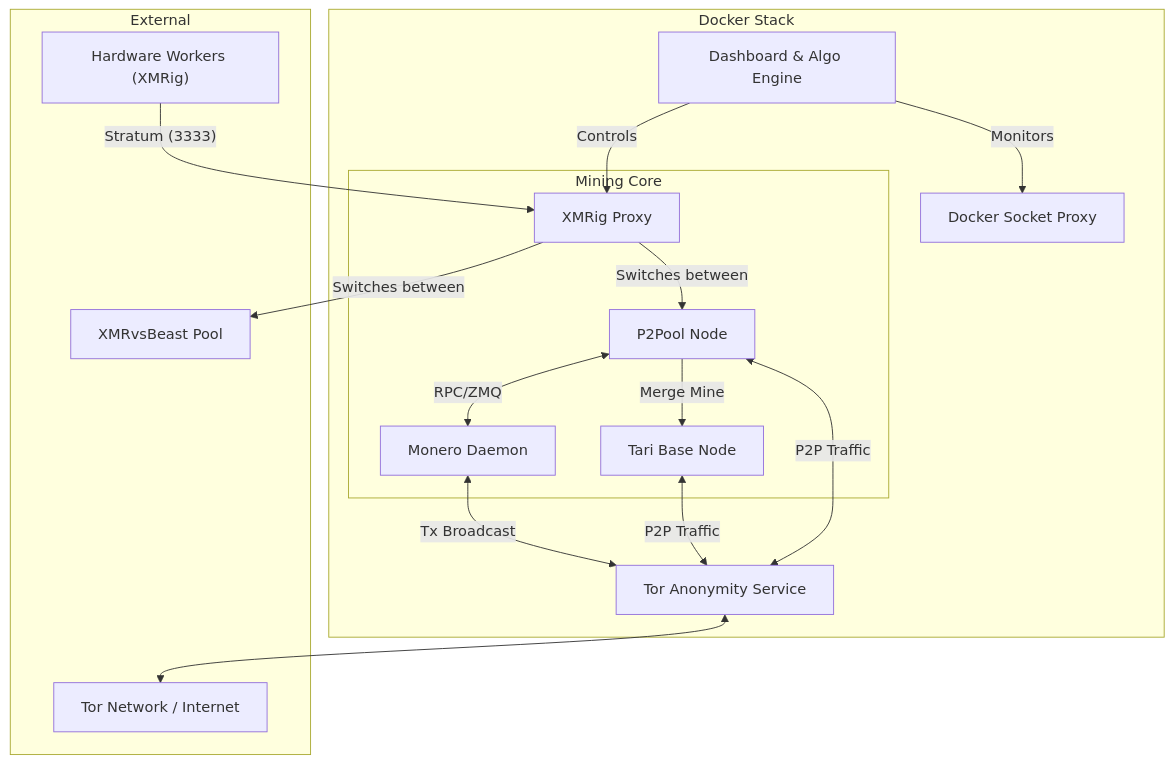
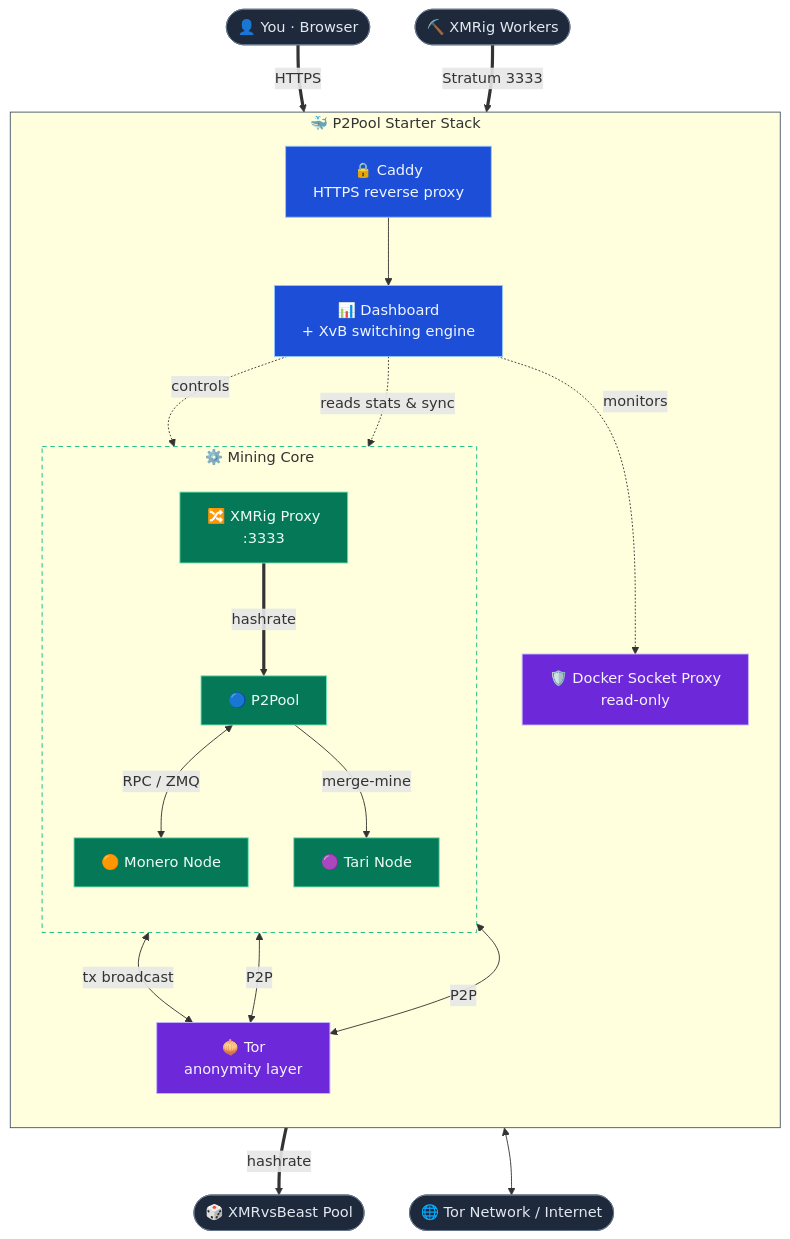
The diagram in docs/architecture.md (p2pool-starter-stack/p2pool-starter-stack), drawn with Mermaid before and after one commit. The commit also changed other lines of this file and 2 other files, not shown here.

Commit message:
Accurate, styled architecture diagram + 98%-smaller logo
- Rework the architecture diagram (README + docs/architecture.md) to match
  the actual stack: add Caddy and the browser → Caddy → Dashboard path,
  correct the dashboard's control/monitor edges, and color-code services by
  role (control plane / privacy / mining core). Verified it renders via
  mermaid-cli. Added a "reading the diagram" legend in the architecture doc.
- Optimize the hero logo: 2784×1536 / 6.7 MB PNG → 1200×662 / 129 KB
  (resized + 256-color quantized, visually identical), a ~98% reduction, and
  constrain its display width in the README hero.

````diff
--- a/docs/architecture.md
+++ b/docs/architecture.md
@@ -22,38 +22,57 @@
 ```mermaid
-graph TD
-    subgraph "Docker Stack"
-        Dashboard[Dashboard & Algo Engine]
-        Tor[Tor Anonymity Service]
-        DockerProxy[Docker Socket Proxy]
+flowchart TB
+    %% ── External actors ──
+    You(["👤 You · Browser"])
+    Workers(["⛏️ XMRig Workers"])
+    XvB(["🎲 XMRvsBeast Pool"])
+    Net(["🌐 Tor Network / Internet"])
 
-        subgraph "Mining Core"
-            Monerod[Monero Daemon]
-            P2Pool[P2Pool Node]
-            Tari[Tari Base Node]
-            Proxy[XMRig Proxy]
+    subgraph stack ["🐳 P2Pool Starter Stack"]
+        direction TB
+
+        Caddy["🔒 Caddy<br/>HTTPS reverse proxy"]
+        Dashboard["📊 Dashboard<br/>+ XvB switching engine"]
+        DockerProxy["🛡️ Docker Socket Proxy<br/>read-only"]
+        Tor["🧅 Tor<br/>anonymity layer"]
+
+        subgraph core ["⚙️ Mining Core"]
+            direction TB
+            Proxy["🔀 XMRig Proxy<br/>:3333"]
+            P2Pool["🔵 P2Pool"]
+            Monerod["🟠 Monero Node"]
+            Tari["🟣 Tari Node"]
         end
     end
 
-    subgraph "External"
-        Workers["Hardware Workers (XMRig)"]
-        XvB[XMRvsBeast Pool]
-        Internet[Tor Network / Internet]
-    end
+    You ==>|HTTPS| Caddy
+    Caddy --> Dashboard
+    Workers ==>|"Stratum 3333"| Proxy
 
-    Workers -- "Stratum (3333)" --> Proxy
+    Dashboard -.->|controls| Proxy
+    Dashboard -.->|monitors| DockerProxy
+    Dashboard -.->|"reads stats & sync"| core
 
-    Dashboard -- "Controls" --> Proxy
-    Dashboard -- "Monitors" --> DockerProxy
+    Proxy ==>|hashrate| P2Pool
+    Proxy ==>|hashrate| XvB
 
-    Proxy -- "Switches between" --> P2Pool
-    Proxy -- "Switches between" --> XvB
+    P2Pool <-->|"RPC / ZMQ"| Monerod
+    P2Pool -->|merge-mine| Tari
 
-    P2Pool <-->|RPC/ZMQ| Monerod
-    P2Pool -->|Merge Mine| Tari
+    Monerod <-->|tx broadcast| Tor
+    Tari <-->|P2P| Tor
+    P2Pool <-->|P2P| Tor
+    Tor <--> Net
 
-    Monerod <-->|Tx Broadcast| Tor
-    Tari <-->|P2P Traffic| Tor
-    P2Pool <-->|P2P Traffic| Tor
+    classDef ext fill:#1e293b,stroke:#64748b,color:#e2e8f0;
+    classDef ctrl fill:#1d4ed8,stroke:#93c5fd,color:#eff6ff;
+    classDef priv fill:#6d28d9,stroke:#c4b5fd,color:#f5f3ff;
+    classDef mine fill:#047857,stroke:#6ee7b7,color:#ecfdf5;
 
-    Tor <--> Internet
+    class You,Workers,XvB,Net ext;
+    class Caddy,Dashboard ctrl;
+    class Tor,DockerProxy priv;
+    class Proxy,P2Pool,Monerod,Tari mine;
+
+    style stack stroke:#475569,stroke-width:1px;
+    style core stroke:#10b981,stroke-width:1px,stroke-dasharray:5 4;
 ```
````
